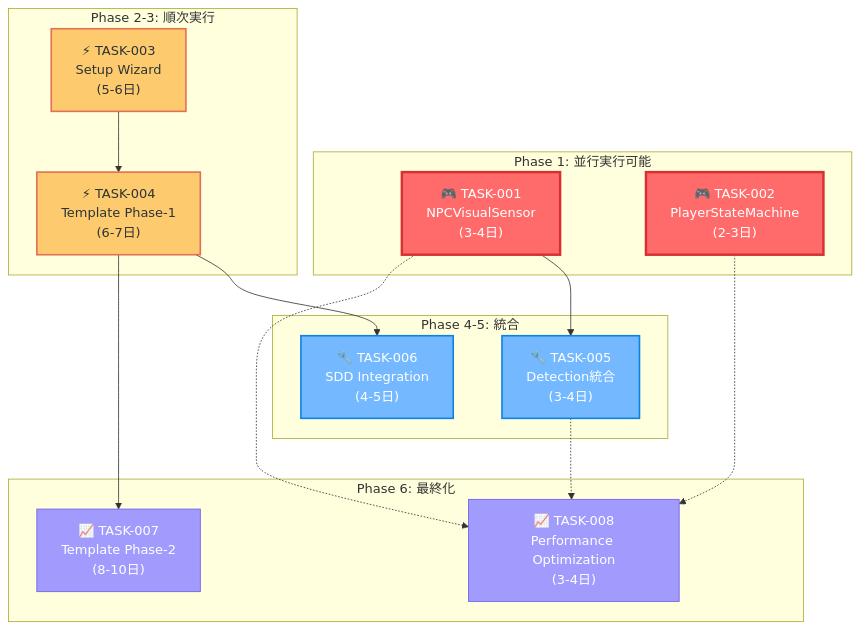
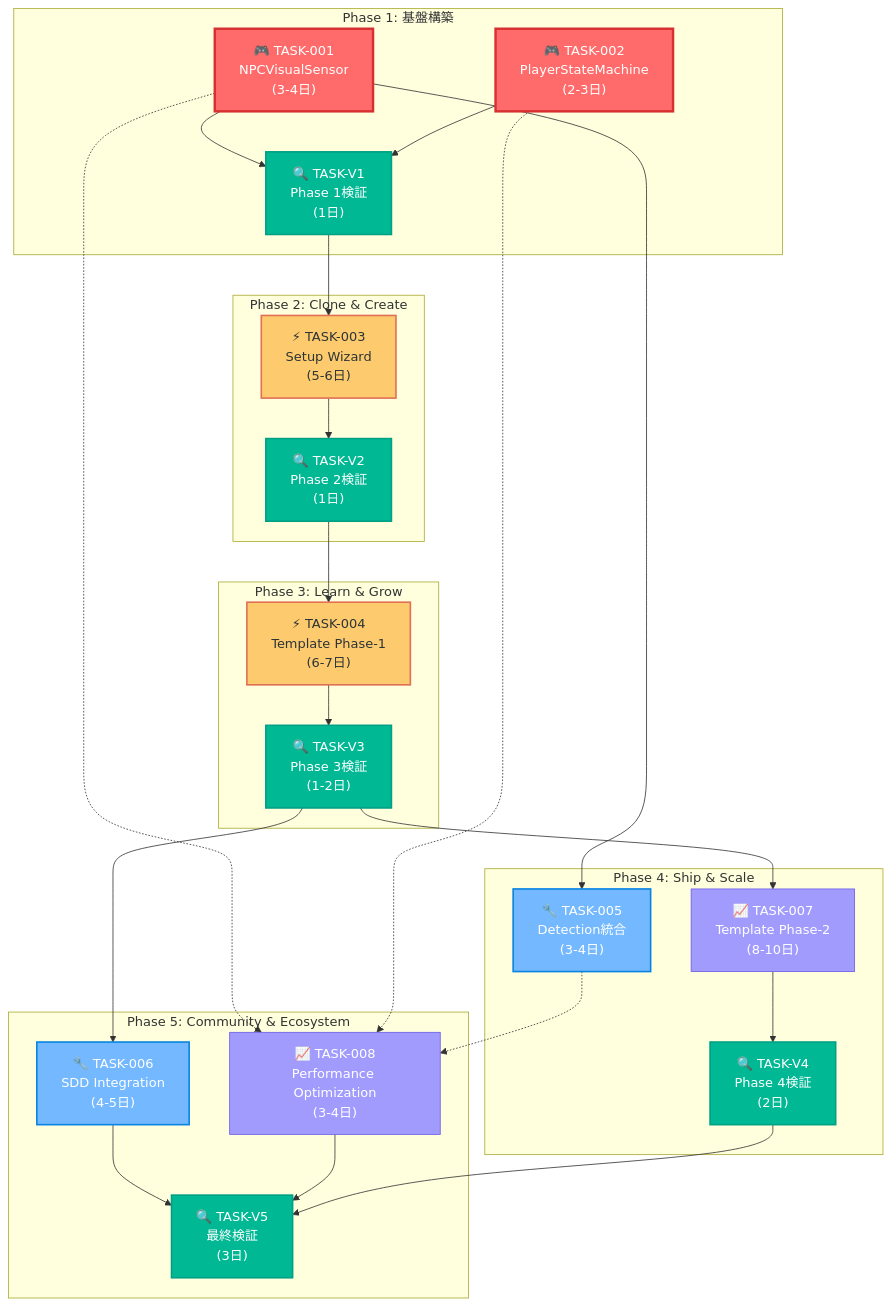
Before and after one commit to u-satoru/URP3D_Base01: the diagram in TASKS.md, drawn with Mermaid. The commit also changed other lines of this file and 2 other files, not shown here.

First line of the commit message:
📋 プロジェクト実装進捗検証完了: Phase 1-2完了状況ドキュメント更新

````diff
--- a/TASKS.md
+++ b/TASKS.md
@@ -73,57 +73,83 @@
     %% Critical Priority Tasks (並行実行可能)
     T001["🎮 TASK-001<br/>NPCVisualSensor<br/>(3-4日)"]
     T002["🎮 TASK-002<br/>PlayerStateMachine<br/>(2-3日)"]
-    
+
     %% High Priority Tasks (順次実行)
     T003["⚡ TASK-003<br/>Setup Wizard<br/>(5-6日)"]
     T004["⚡ TASK-004<br/>Template Phase-1<br/>(6-7日)"]
-    
+
     %% Medium Priority Tasks
     T005["🔧 TASK-005<br/>Detection統合<br/>(3-4日)"]
     T006["🔧 TASK-006<br/>SDD Integration<br/>(4-5日)"]
-    
+
     %% Low Priority Tasks
     T007["📈 TASK-007<br/>Template Phase-2<br/>(8-10日)"]
     T008["📈 TASK-008<br/>Performance Optimization<br/>(3-4日)"]
-    
+
+    %% Quality Assurance Tasks (各Phase完了時必須)
+    V1["🔍 TASK-V1<br/>Phase 1検証<br/>(1日)"]
+    V2["🔍 TASK-V2<br/>Phase 2検証<br/>(1日)"]
+    V3["🔍 TASK-V3<br/>Phase 3検証<br/>(1-2日)"]
+    V4["🔍 TASK-V4<br/>Phase 4検証<br/>(2日)"]
+    V5["🔍 TASK-V5<br/>最終検証<br/>(3日)"]
+
     %% 依存関係の定義
     T001 --> T005
-    T003 --> T004
-    T004 --> T006
-    T004 --> T007
+    T001 --> V1
+    T002 --> V1
+    V1 --> T003
+    T003 --> V2
+    V2 --> T004
+    T004 --> V3
+    V3 --> T006
+    V3 --> T007
+    T007 --> V4
+    T006 --> V5
+    T008 --> V5
+    V4 --> V5
     T001 -.-> T008
     T002 -.-> T008
     T005 -.-> T008
-    
+
     %% 並行実行グループ
-    subgraph PARALLEL ["Phase 1: 並行実行可能"]
+    subgraph PHASE1 ["Phase 1: 基盤構築"]
         T001
         T002
+        V1
     end
-    
-    subgraph SEQUENTIAL ["Phase 2-3: 順次実行"]
+
+    subgraph PHASE2 ["Phase 2: Clone & Create"]
         T003
+        V2
+    end
+
+    subgraph PHASE3 ["Phase 3: Learn & Grow"]
         T004
+        V3
     end
-    
-    subgraph INTEGRATION ["Phase 4-5: 統合"]
+
+    subgraph PHASE4 ["Phase 4: Ship & Scale"]
         T005
+        T007
+        V4
+    end
+
+    subgraph PHASE5 ["Phase 5: Community & Ecosystem"]
         T006
+        T008
+        V5
     end
-    
-    subgraph FINAL ["Phase 6: 最終化"]
-        T007
-        T008
-    end
-    
+
     %% スタイル定義
     classDef critical fill:#ff6b6b,stroke:#d63031,stroke-width:3px,color:#fff
     classDef high fill:#fdcb6e,stroke:#e17055,stroke-width:2px,color:#2d3436
     classDef medium fill:#74b9ff,stroke:#0984e3,stroke-width:2px,color:#fff
     classDef low fill:#a29bfe,stroke:#6c5ce7,stroke-width:1px,color:#fff
-    
+    classDef qa fill:#00b894,stroke:#00a085,stroke-width:2px,color:#fff
+
     class T001,T002 critical
     class T003,T004 high
     class T005,T006 medium
     class T007,T008 low
+    class V1,V2,V3,V4,V5 qa
 ```
````
